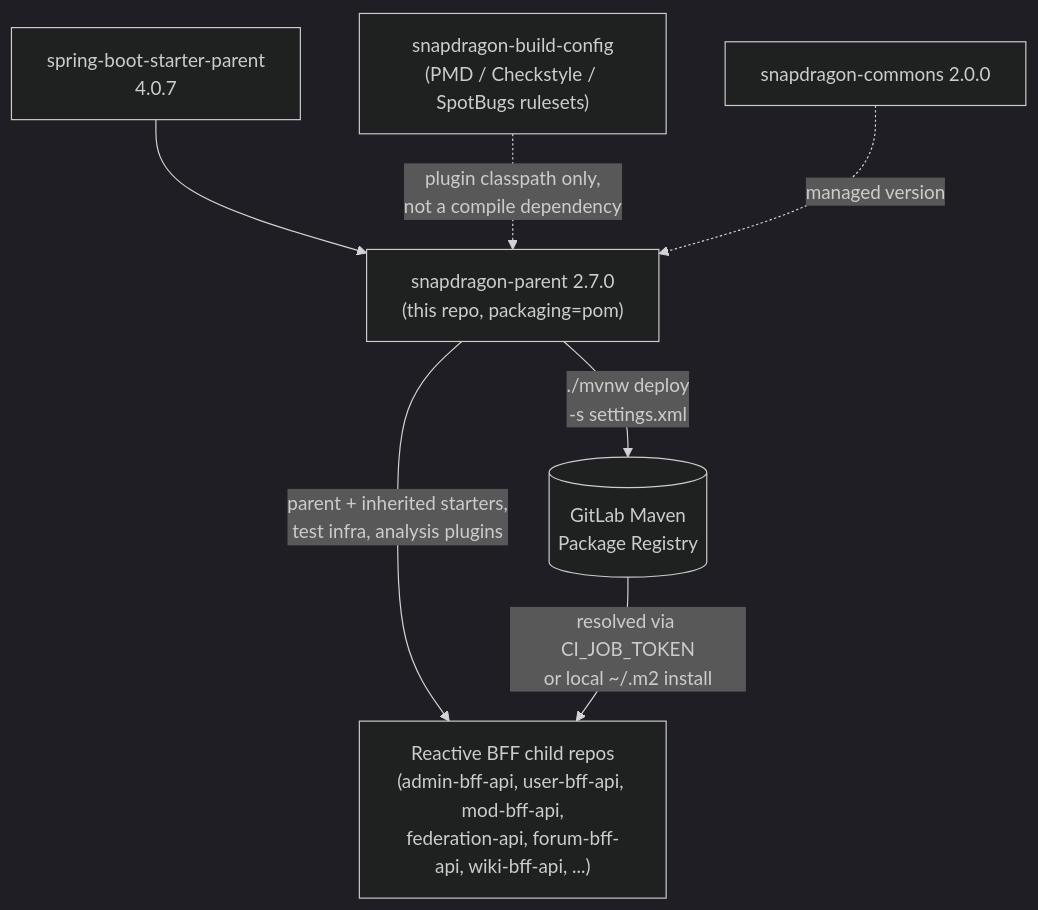
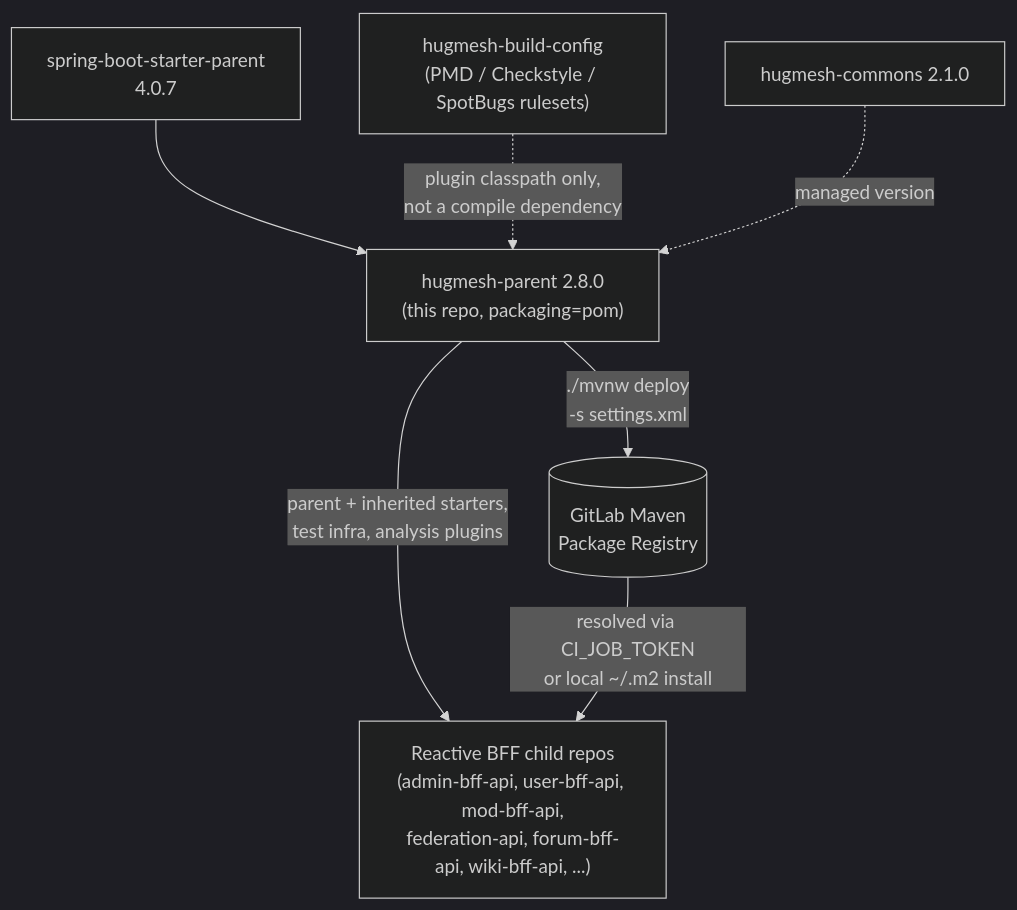
The diagram in README.md (hugmesh/hugmesh-parent), drawn with Mermaid (dark theme) before and after one commit. The commit also changed other lines of this file and 2 other files, not shown here.

First line of the commit message:
rebrand: Snapdragon -> HugMesh (groupId, artifactId, plugin config, pinned versions) (#18)

````diff
--- a/README.md
+++ b/README.md
@@ -123,12 +123,12 @@
 ```mermaid
 flowchart TD
-    SBSP["spring-boot-starter-parent<br/>4.0.7"] --> SP["snapdragon-parent 2.7.0<br/>(this repo, packaging=pom)"]
+    SBSP["spring-boot-starter-parent<br/>4.0.7"] --> SP["hugmesh-parent 2.8.0<br/>(this repo, packaging=pom)"]
 
-    SBC["snapdragon-build-config<br/>(PMD / Checkstyle / SpotBugs rulesets)"] -.->|"plugin classpath only,<br/>not a compile dependency"| SP
-    SC["snapdragon-commons 2.0.0"] -.->|"managed version"| SP
+    SBC["hugmesh-build-config<br/>(PMD / Checkstyle / SpotBugs rulesets)"] -.->|"plugin classpath only,<br/>not a compile dependency"| SP
+    SC["hugmesh-commons 2.1.0"] -.->|"managed version"| SP
 
     SP -->|"parent + inherited starters,<br/>test infra, analysis plugins"| BFF["Reactive BFF child repos<br/>(admin-bff-api, user-bff-api, mod-bff-api,<br/>federation-api, forum-bff-api, wiki-bff-api, ...)"]
 
     SP -->|"./mvnw deploy<br/>-s settings.xml"| REG[("GitLab Maven<br/>Package Registry")]
     REG -->|"resolved via CI_JOB_TOKEN<br/>or local ~/.m2 install"| BFF
 ```
````
